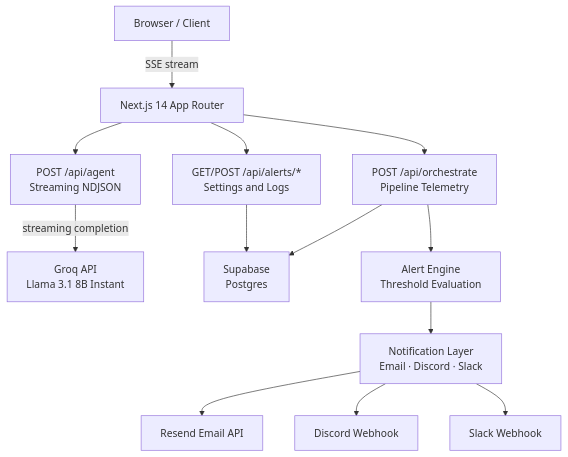
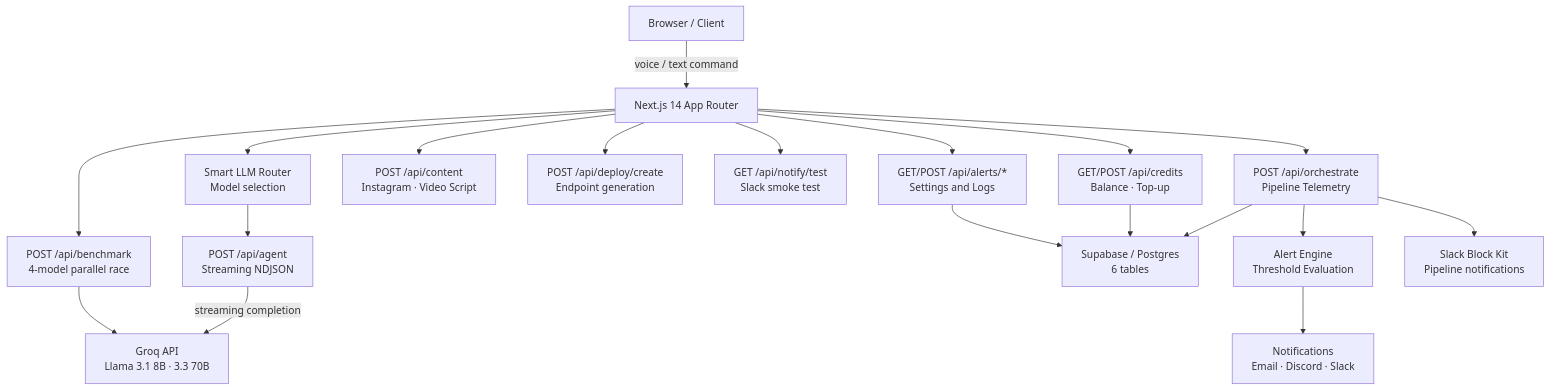
The first of 2 diagrams in README.md (pradhyum6144/Neural-OPS), drawn with Mermaid before and after one commit. The commit also changed other lines of this file, not shown here.

````diff
--- a/README.md
+++ b/README.md
@@ -35,28 +49,38 @@
 ```mermaid
 graph TD
     Browser["Browser / Client"]
     NextApp["Next.js 14 App Router"]
+    Router["Smart LLM Router\nModel selection"]
     AgentAPI["POST /api/agent\nStreaming NDJSON"]
     OrchestrateAPI["POST /api/orchestrate\nPipeline Telemetry"]
+    BenchmarkAPI["POST /api/benchmark\n4-model parallel race"]
+    ContentAPI["POST /api/content\nInstagram · Video Script"]
+    DeployAPI["POST /api/deploy/create\nEndpoint generation"]
+    NotifyAPI["GET /api/notify/test\nSlack smoke test"]
+    CreditsAPI["GET/POST /api/credits\nBalance · Top-up"]
     AlertsAPI["GET/POST /api/alerts/*\nSettings and Logs"]
-    Groq["Groq API\nLlama 3.1 8B Instant"]
-    Supabase["Supabase\nPostgres"]
+    Groq["Groq API\nLlama 3.1 8B · 3.3 70B"]
+    Supabase["Supabase / Postgres\n6 tables"]
     AlertEngine["Alert Engine\nThreshold Evaluation"]
-    Notifications["Notification Layer\nEmail · Discord · Slack"]
-    Resend["Resend Email API"]
-    Discord["Discord Webhook"]
-    Slack["Slack Webhook"]
+    Notifications["Notifications\nEmail · Discord · Slack"]
+    SlackWebhook["Slack Block Kit\nPipeline notifications"]
 
-    Browser -->|"SSE stream"| NextApp
-    NextApp --> AgentAPI
+    Browser -->|"voice / text command"| NextApp
+    NextApp --> Router
+    Router --> AgentAPI
+    AgentAPI -->|"streaming completion"| Groq
     NextApp --> OrchestrateAPI
+    NextApp --> BenchmarkAPI
+    NextApp --> ContentAPI
+    NextApp --> DeployAPI
+    NextApp --> NotifyAPI
+    NextApp --> CreditsAPI
     NextApp --> AlertsAPI
-    AgentAPI -->|"streaming completion"| Groq
     OrchestrateAPI --> Supabase
     OrchestrateAPI --> AlertEngine
+    OrchestrateAPI --> SlackWebhook
+    BenchmarkAPI --> Groq
+    CreditsAPI --> Supabase
     AlertEngine --> Notifications
     AlertsAPI --> Supabase
-    Notifications --> Resend
-    Notifications --> Discord
-    Notifications --> Slack
 ```
````
